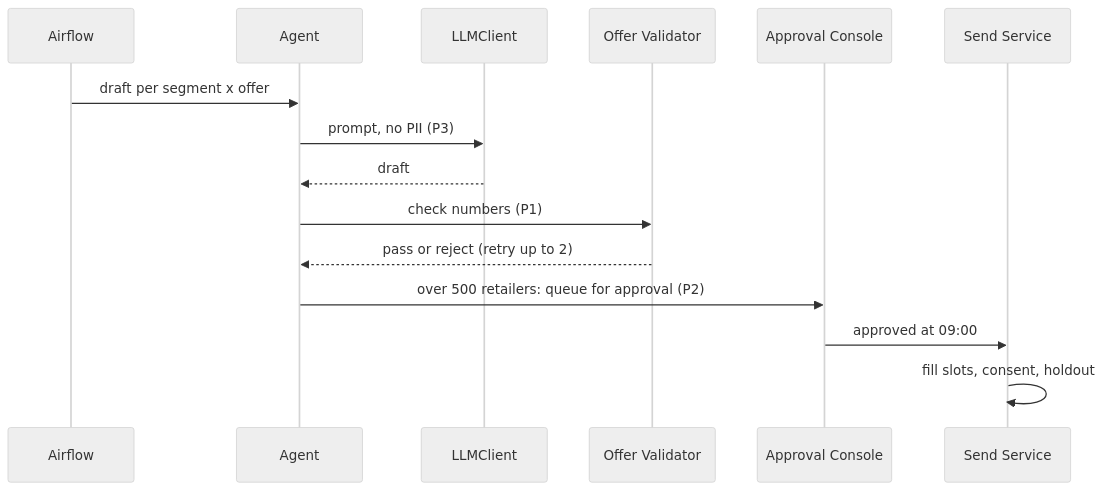
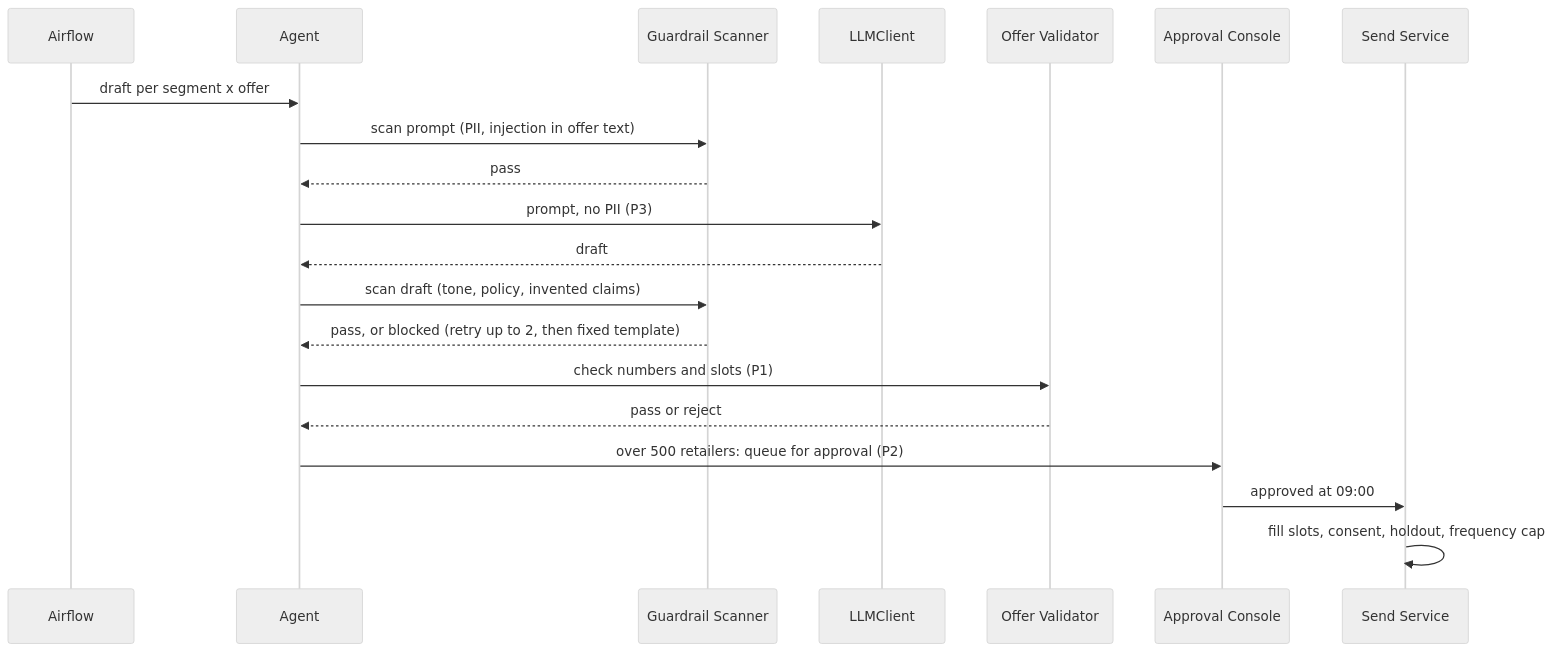
The fourth of 7 diagrams in docs/02-sdd.md (Isma3ilMohamed/ai-architecture-portfolio), drawn with Mermaid (neutral theme) before and after one commit. The commit also changed other lines of this file and 1 other file, not shown here.

````diff
--- a/docs/02-sdd.md
+++ b/docs/02-sdd.md
@@ -197,17 +179,22 @@
 ```mermaid
 sequenceDiagram
   participant Air as Airflow
   participant Ag as Agent
+  participant G as Guardrail Scanner
   participant L as LLMClient
   participant V as Offer Validator
   participant A as Approval Console
   participant S as Send Service
   Air->>Ag: draft per segment x offer
+  Ag->>G: scan prompt (PII, injection in offer text)
+  G-->>Ag: pass
   Ag->>L: prompt, no PII (P3)
   L-->>Ag: draft
-  Ag->>V: check numbers (P1)
-  V-->>Ag: pass or reject (retry up to 2)
+  Ag->>G: scan draft (tone, policy, invented claims)
+  G-->>Ag: pass, or blocked (retry up to 2, then fixed template)
+  Ag->>V: check numbers and slots (P1)
+  V-->>Ag: pass or reject
   Ag->>A: over 500 retailers: queue for approval (P2)
   A->>S: approved at 09:00
-  S->>S: fill slots, consent, holdout
+  S->>S: fill slots, consent, holdout, frequency cap
 ```
````
